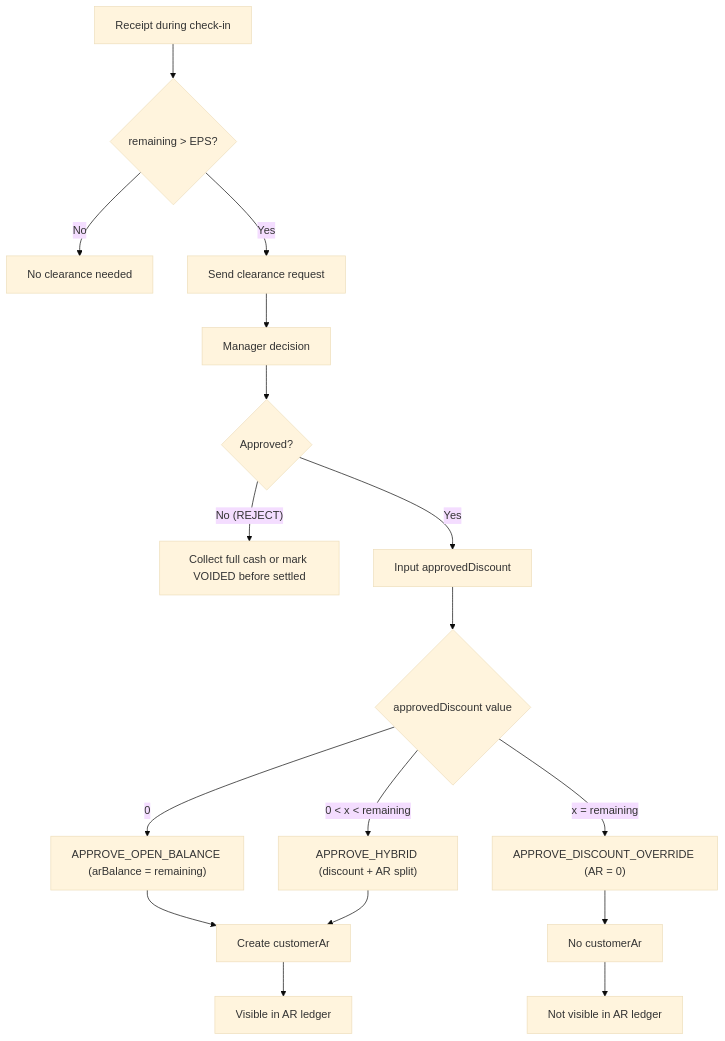
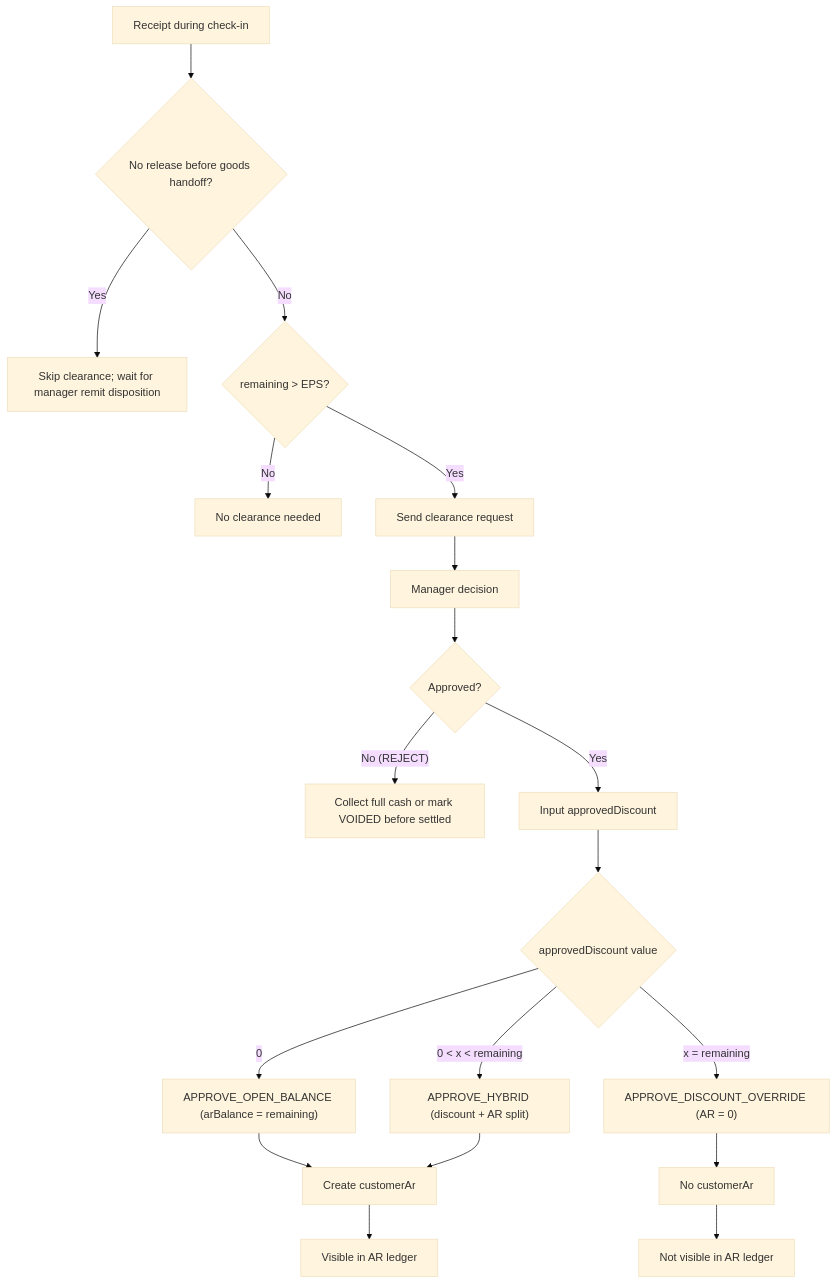
One commit to helloword214/zmstore-pos changed the second of 5 diagrams in docs/guide/DIAGRAMS_DELIVERY_CSS_AR.md. Above: the diagram before and after it, drawn with Mermaid (base theme). The commit also changed other lines of this file and 19 other files, not shown here.

Commit message:
feat(delivery): add no-release attempt flow and QA coverage (#121)

````diff
--- a/docs/guide/DIAGRAMS_DELIVERY_CSS_AR.md
+++ b/docs/guide/DIAGRAMS_DELIVERY_CSS_AR.md
@@ -61,19 +67,21 @@
 ```mermaid
 flowchart TD
-    A["Receipt during check-in"] --> B{"remaining > EPS?"}
+    A["Receipt during check-in"] --> A1{"No release before goods handoff?"}
+    A1 -- "Yes" --> A2["Skip clearance; wait for manager remit disposition"]
+    A1 -- "No" --> B{"remaining > EPS?"}
     B -- "No" --> C["No clearance needed"]
     B -- "Yes" --> D["Send clearance request"]
     D --> E["Manager decision"]
     E --> F{"Approved?"}
     F -- "No (REJECT)" --> G["Collect full cash or mark VOIDED before settled"]
     F -- "Yes" --> H["Input approvedDiscount"]
     H --> I{"approvedDiscount value"}
     I -- "0" --> J["APPROVE_OPEN_BALANCE (arBalance = remaining)"]
     I -- "0 < x < remaining" --> K["APPROVE_HYBRID (discount + AR split)"]
     I -- "x = remaining" --> L["APPROVE_DISCOUNT_OVERRIDE (AR = 0)"]
     J --> M["Create customerAr"]
     K --> M
     L --> N["No customerAr"]
     M --> O["Visible in AR ledger"]
     N --> P["Not visible in AR ledger"]
 ```
````
